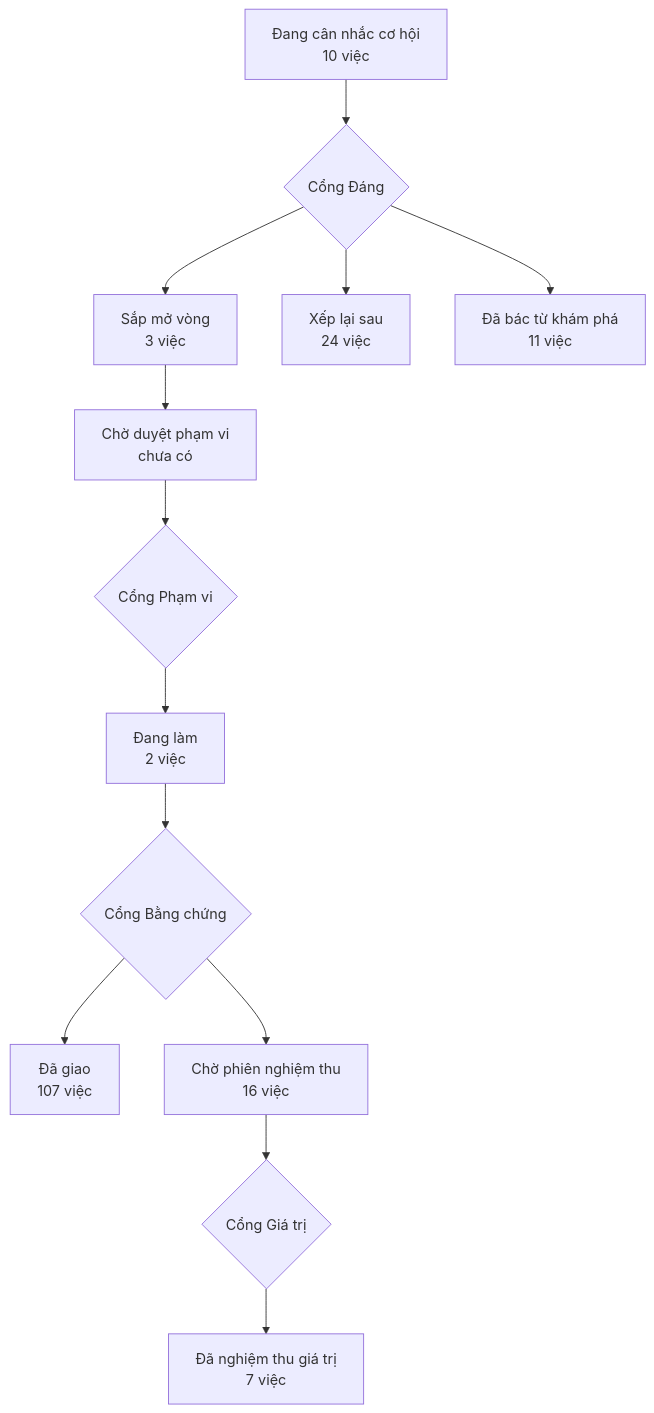
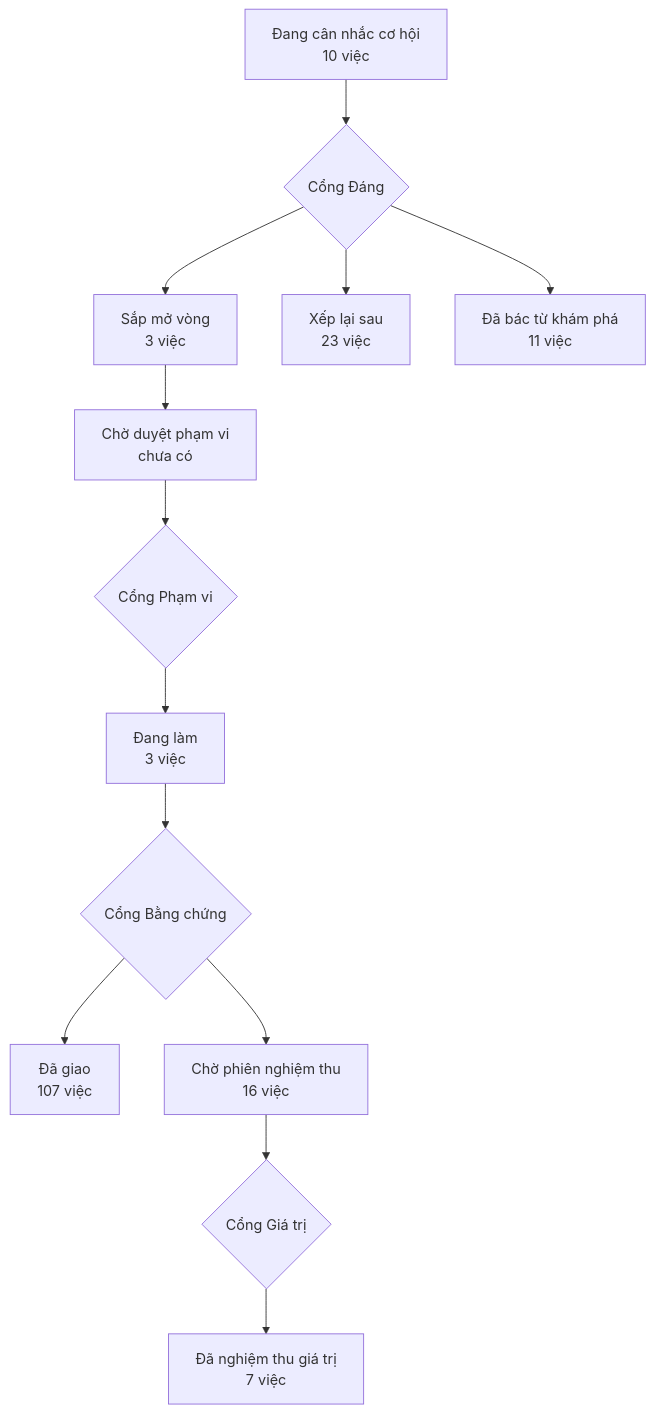
Before and after one commit to phanlemanh/acceptance-gate-kit: the diagram in PRODUCT-MAP.md, drawn with Mermaid. The commit also changed other lines of this file and 3 other files, not shown here.

````diff
--- a/PRODUCT-MAP.md
+++ b/PRODUCT-MAP.md
@@ -7,12 +7,12 @@
 ```mermaid
 flowchart TD
   A["Đang cân nhắc cơ hội<br/>10 việc"] --> GD{"Cổng Đáng"}
   GD --> B["Sắp mở vòng<br/>3 việc"]
-  GD --> XL["Xếp lại sau<br/>24 việc"]
+  GD --> XL["Xếp lại sau<br/>23 việc"]
   GD --> DB["Đã bác từ khám phá<br/>11 việc"]
   B --> CD["Chờ duyệt phạm vi<br/>chưa có"] --> GP{"Cổng Phạm vi"}
-  GP --> DL["Đang làm<br/>2 việc"] --> GB{"Cổng Bằng chứng"}
+  GP --> DL["Đang làm<br/>3 việc"] --> GB{"Cổng Bằng chứng"}
   GB --> DG["Đã giao<br/>107 việc"]
   GB --> CN["Chờ phiên nghiệm thu<br/>16 việc"] --> GG{"Cổng Giá trị"}
   GG --> NT["Đã nghiệm thu giá trị<br/>7 việc"]
 ```
````
